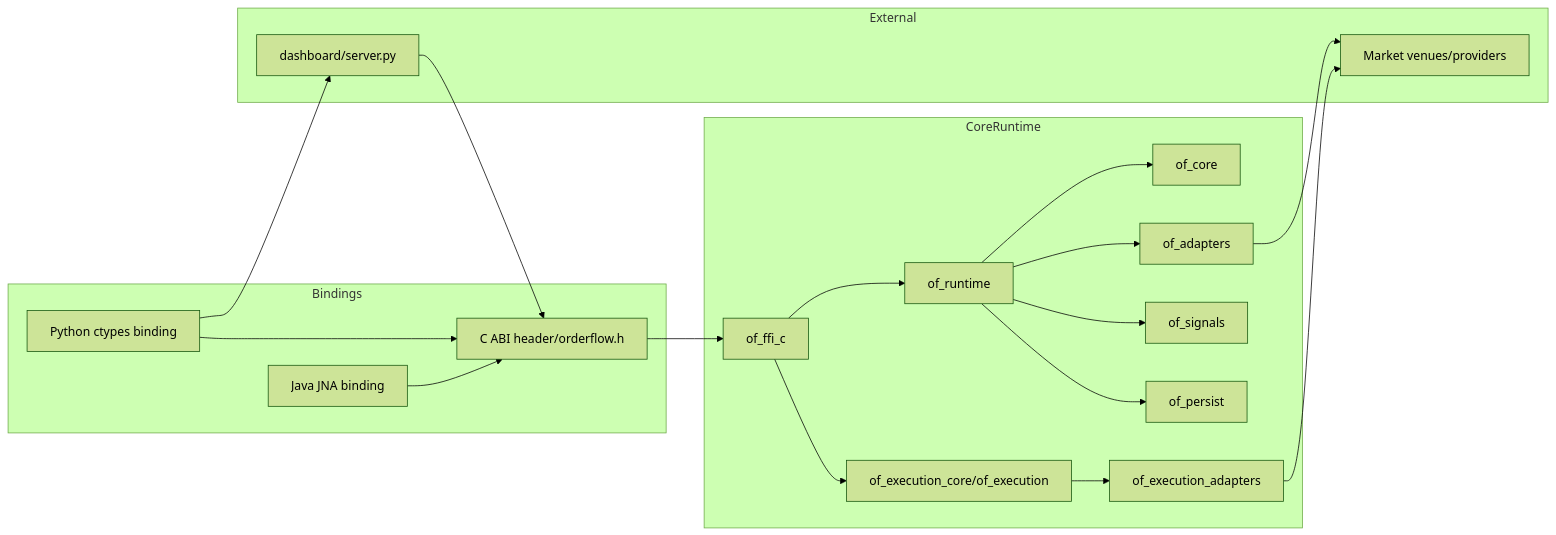
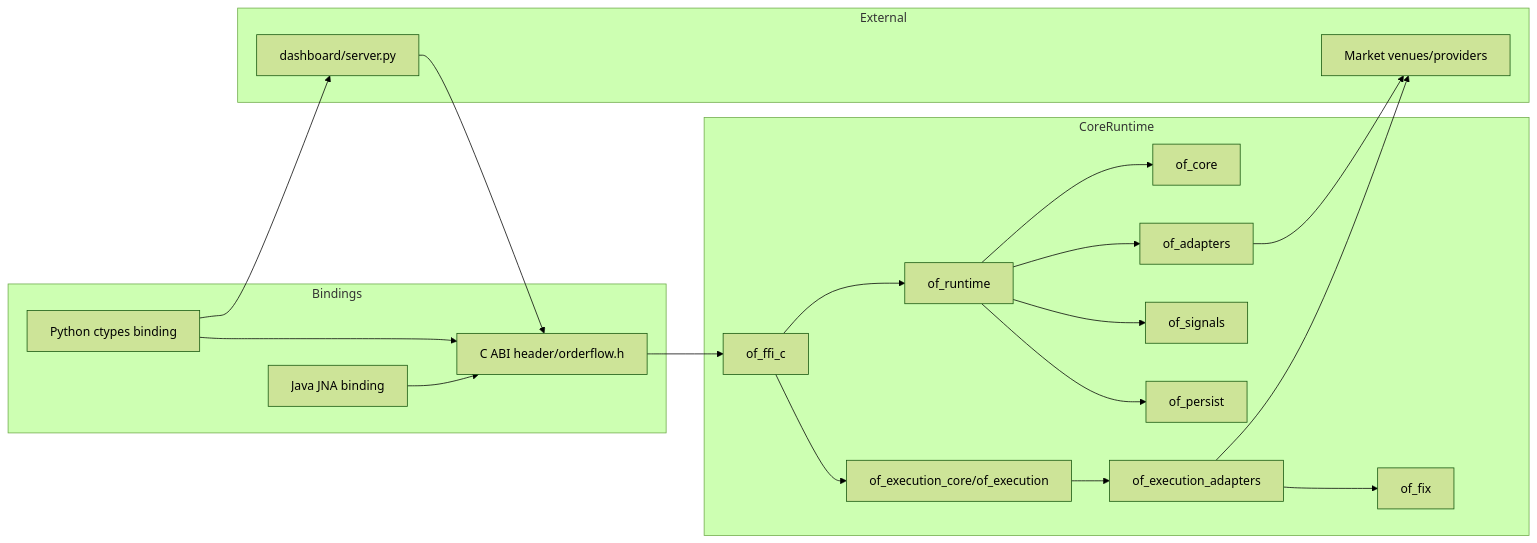
Before and after one commit to gregorian-09/orderflow: the first of 5 diagrams in docs/handbook/04-architecture.md, drawn with Mermaid (forest theme). The commit also changed other lines of this file and 13 other files, not shown here.

````diff
--- a/docs/handbook/04-architecture.md
+++ b/docs/handbook/04-architecture.md
@@ -7,39 +7,41 @@
 ```mermaid
 flowchart LR
   subgraph Bindings
     PY[Python ctypes binding]
     JV[Java JNA binding]
     CAPI[C ABI header/orderflow.h]
   end
 
   subgraph CoreRuntime
     FFI[of_ffi_c]
     RT[of_runtime]
     CORE[of_core]
     EXC[of_execution_core/of_execution]
+    FIX[of_fix]
     EXA[of_execution_adapters]
     SIG[of_signals]
     PST[of_persist]
     ADP[of_adapters]
   end
 
   subgraph External
     VENUE[Market venues/providers]
     DASH[dashboard/server.py]
   end
 
   PY --> CAPI
   JV --> CAPI
   CAPI --> FFI
   FFI --> RT
   FFI --> EXC
+  EXA --> FIX
   RT --> CORE
   RT --> SIG
   RT --> PST
   RT --> ADP
   EXC --> EXA
   ADP --> VENUE
   EXA --> VENUE
   PY --> DASH
   DASH --> CAPI
 ```
````
